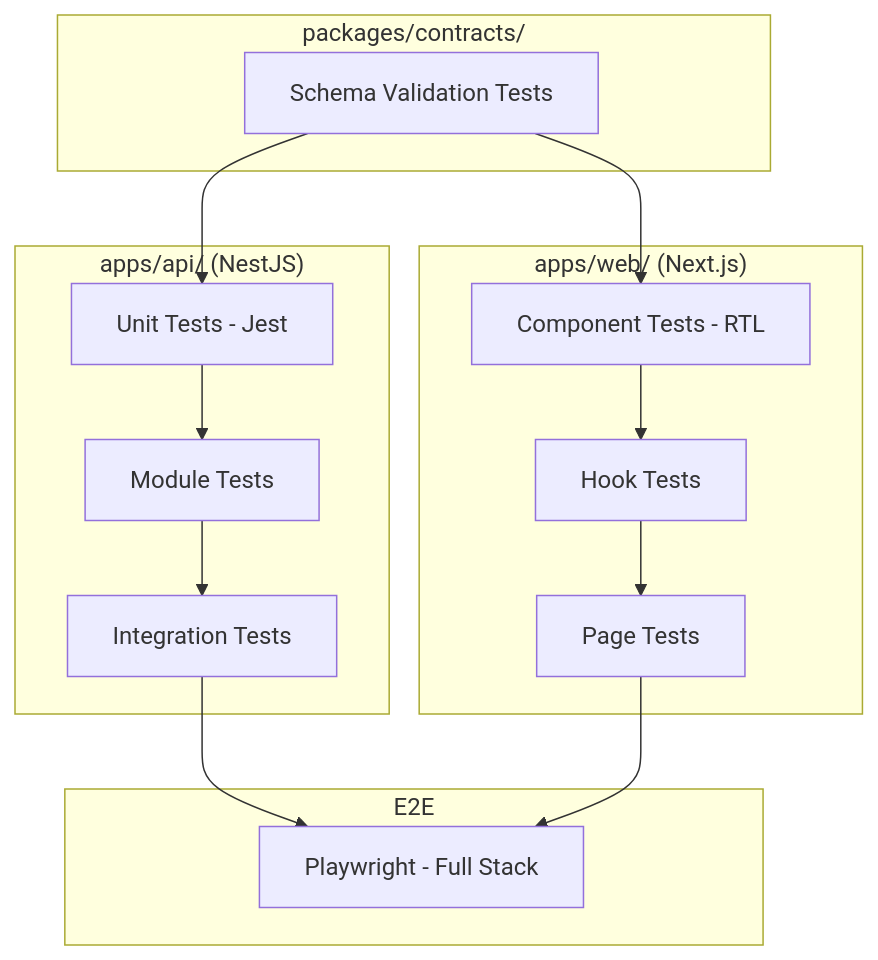
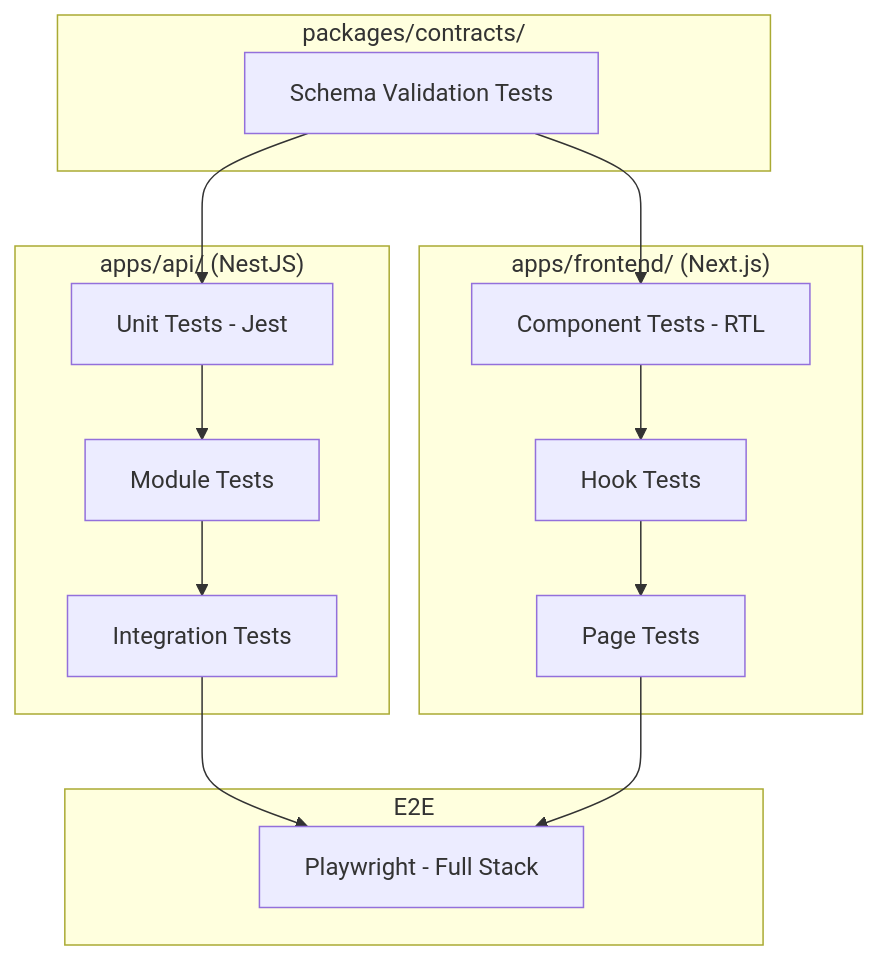
The diagram in docs/TEST_STRATEGY.md (Sarb0Z/npi-discovery-service), drawn with Mermaid before and after one commit. The commit also changed other lines of this file and 25 other files, not shown here.

````diff
--- a/docs/TEST_STRATEGY.md
+++ b/docs/TEST_STRATEGY.md
@@ -10,22 +10,22 @@
 ```mermaid
 graph TD
     subgraph "apps/api/ (NestJS)"
         A1[Unit Tests - Jest] --> A2[Module Tests]
         A2 --> A3[Integration Tests]
     end
-    subgraph "apps/web/ (Next.js)"
+    subgraph "apps/frontend/ (Next.js)"
         W1[Component Tests - RTL] --> W2[Hook Tests]
         W2 --> W3[Page Tests]
     end
     subgraph "packages/contracts/"
         C1[Schema Validation Tests]
     end
     subgraph "E2E"
         E1[Playwright - Full Stack]
     end
 
     A3 --> E1
     W3 --> E1
     C1 --> A1
     C1 --> W1
 ```
````
